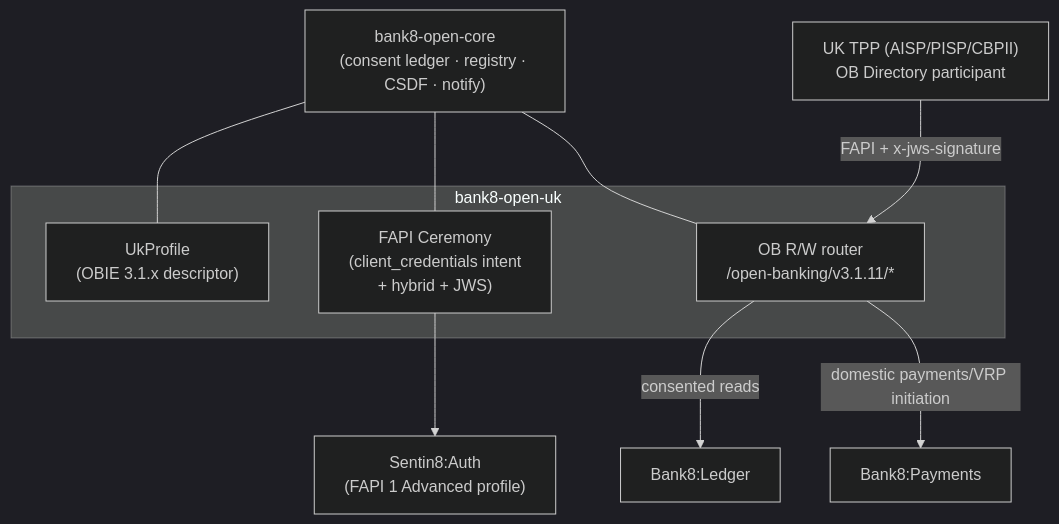
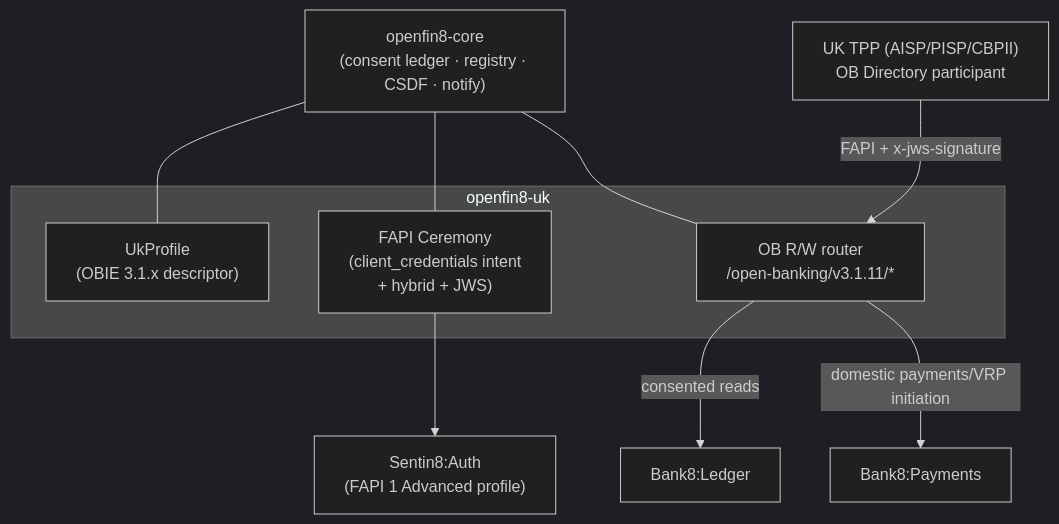
The diagram in README.md (OpenFin8/openfin8-uk), drawn with Mermaid (dark theme) before and after one commit. The commit also changed other lines of this file and 13 other files, not shown here.

First line of the commit message:
OBVERT-2: the OpenFin8 vertical identity - openfin8-uk

````diff
--- a/README.md
+++ b/README.md
@@ -57,18 +57,18 @@
 ```mermaid
 graph TD
-    subgraph "bank8-open-uk"
+    subgraph "openfin8-uk"
         PROF["UkProfile<br/>(OBIE 3.1.x descriptor)"]
         CER["FAPI Ceremony<br/>(client_credentials intent<br/>+ hybrid + JWS)"]
         WIRE["OB R/W router<br/>/open-banking/v3.1.11/*"]
     end
-    CORE["bank8-open-core<br/>(consent ledger · registry · CSDF · notify)"]
+    CORE["openfin8-core<br/>(consent ledger · registry · CSDF · notify)"]
     AUTH["Sentin8:Auth<br/>(FAPI 1 Advanced profile)"]
     LEDGER["Bank8:Ledger"]
     PAY["Bank8:Payments"]
     TPP["UK TPP (AISP/PISP/CBPII)<br/>OB Directory participant"]
     TPP -- "FAPI + x-jws-signature" --> WIRE
     CORE --- PROF & CER & WIRE
     CER --> AUTH
     WIRE -- "consented reads" --> LEDGER
     WIRE -- "domestic payments/VRP initiation" --> PAY
 ```
````
